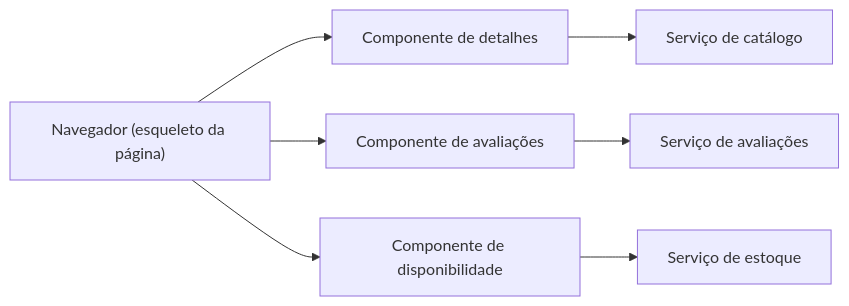
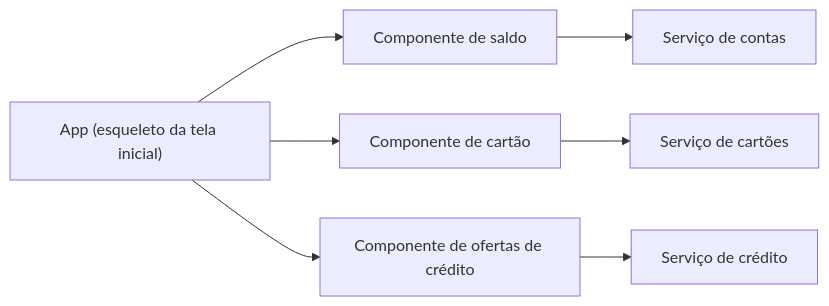
The diagram in docs/architecture/microservices/ui-design/client-side-ui-composition.md (alancesar/design-patterns), drawn with Mermaid before and after one commit. The commit also changed other lines of this file and 27 other files, not shown here.

Commit message:
Switch microservices concrete diagrams to fintech scenarios

````diff
--- a/docs/architecture/microservices/ui-design/client-side-ui-composition.md
+++ b/docs/architecture/microservices/ui-design/client-side-ui-composition.md
@@ -52,9 +52,9 @@
 ```mermaid
 flowchart LR
-    N["Navegador (esqueleto da página)"] --> C1[Componente de detalhes]
-    N --> C2[Componente de avaliações]
-    N --> C3[Componente de disponibilidade]
-    C1 --> S1[Serviço de catálogo]
-    C2 --> S2[Serviço de avaliações]
-    C3 --> S3[Serviço de estoque]
+    N["App (esqueleto da tela inicial)"] --> C1[Componente de saldo]
+    N --> C2[Componente de cartão]
+    N --> C3[Componente de ofertas de crédito]
+    C1 --> S1[Serviço de contas]
+    C2 --> S2[Serviço de cartões]
+    C3 --> S3[Serviço de crédito]
 ```
````
